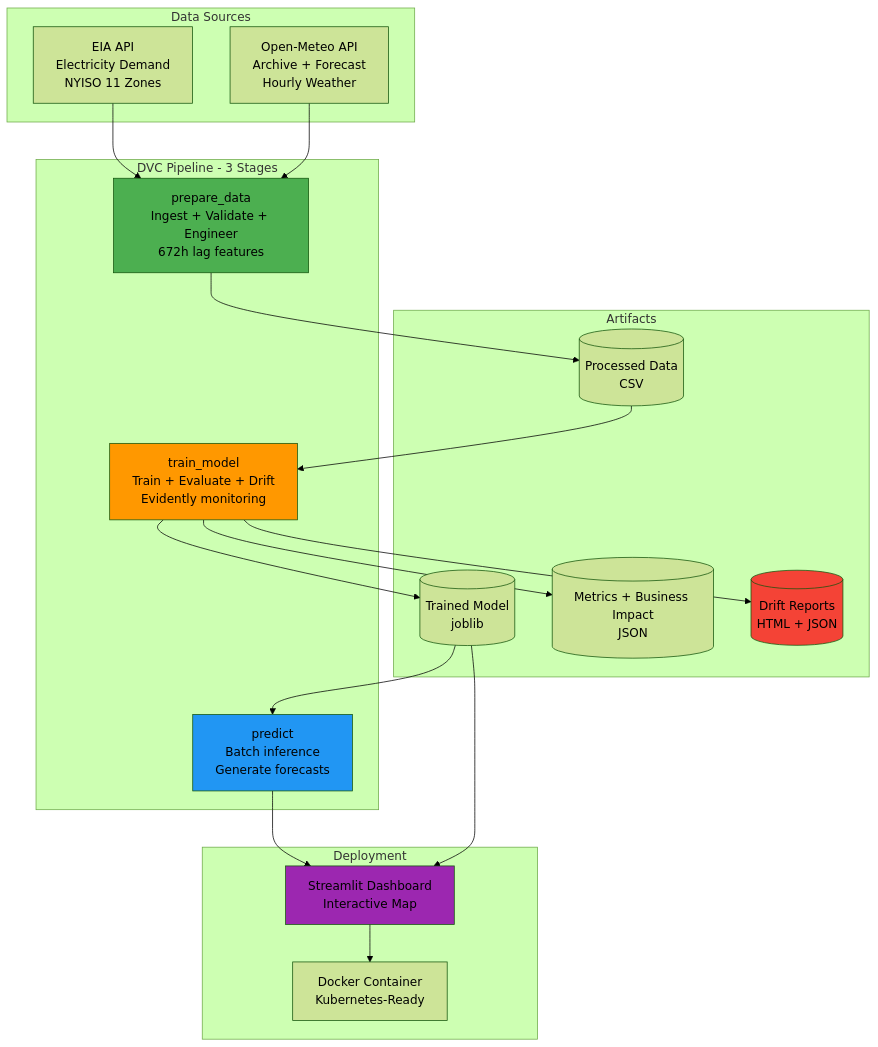
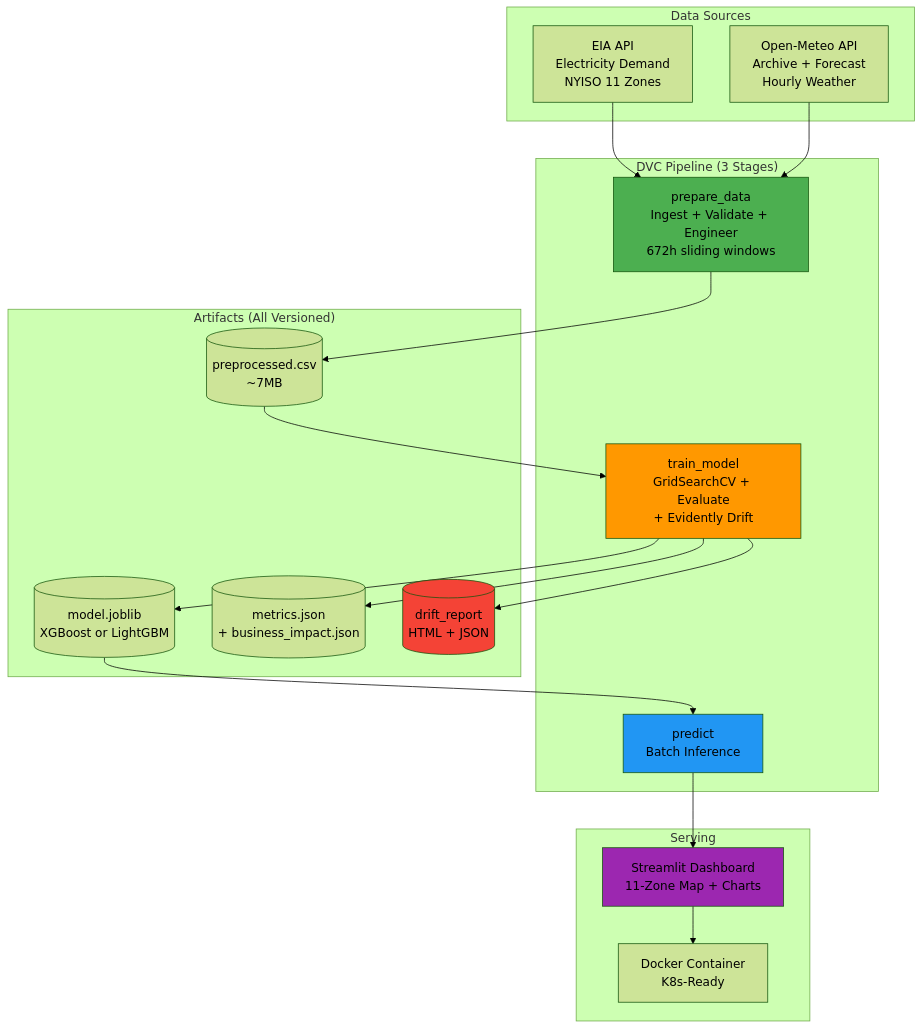
Before and after one commit to JavithNaseem-J/WattPredictor: the first of 2 diagrams in README.md, drawn with Mermaid (forest theme). The commit also changed other lines of this file, not shown here.

````diff
--- a/README.md
+++ b/README.md
@@ -78,43 +110,42 @@
 ```mermaid
 graph TB
     subgraph "Data Sources"
         EIA[EIA API<br/>Electricity Demand<br/>NYISO 11 Zones]
-        Weather[Open-Meteo API<br/>Archive + Forecast<br/>Hourly Weather]
+        WX[Open-Meteo API<br/>Archive + Forecast<br/>Hourly Weather]
     end
-    
-    subgraph "DVC Pipeline - 3 Stages"
-        Stage1[prepare_data<br/>Ingest + Validate + Engineer<br/>672h lag features]
-        Stage2[train_model<br/>Train + Evaluate + Drift<br/>Evidently monitoring]
-        Stage3[predict<br/>Batch inference<br/>Generate forecasts]
+
+    subgraph "DVC Pipeline (3 Stages)"
+        S1[prepare_data<br/>Ingest + Validate + Engineer<br/>672h sliding windows]
+        S2[train_model<br/>GridSearchCV + Evaluate<br/>+ Evidently Drift]
+        S3[predict<br/>Batch Inference]
     end
-    
-    subgraph "Artifacts"
-        Data[(Processed Data<br/>CSV)]
-        Model[(Trained Model<br/>joblib)]
-        Metrics[(Metrics + Business Impact<br/>JSON)]
-        Drift[(Drift Reports<br/>HTML + JSON)]
+
+    subgraph "Artifacts (All Versioned)"
+        D[(preprocessed.csv<br/>~7MB)]
+        M[(model.joblib<br/>XGBoost or LightGBM)]
+        E[(metrics.json<br/>+ business_impact.json)]
+        DR[(drift_report<br/>HTML + JSON)]
     end
-    
-    subgraph "Deployment"
-        Dashboard[Streamlit Dashboard<br/>Interactive Map]
-        Docker[Docker Container<br/>Kubernetes-Ready]
+
+    subgraph "Serving"
+        ST[Streamlit Dashboard<br/>11-Zone Map + Charts]
+        DK[Docker Container<br/>K8s-Ready]
     end
-    
-    EIA --> Stage1
-    Weather --> Stage1
-    Stage1 --> Data
-    Data --> Stage2
-    Stage2 --> Model
-    Stage2 --> Metrics
-    Stage2 --> Drift
-    Model --> Stage3
-    Stage3 --> Dashboard
-    Model --> Dashboard
-    Dashboard --> Docker
-    
-    style Stage1 fill:#4CAF50
-    style Stage2 fill:#FF9800
-    style Stage3 fill:#2196F3
-    style Dashboard fill:#9C27B0
-    style Drift fill:#F44336
+
+    EIA --> S1
+    WX --> S1
+    S1 --> D
+    D --> S2
+    S2 --> M
+    S2 --> E
+    S2 --> DR
+    M --> S3
+    S3 --> ST
+    ST --> DK
+
+    style S1 fill:#4CAF50
+    style S2 fill:#FF9800
+    style S3 fill:#2196F3
+    style ST fill:#9C27B0
+    style DR fill:#F44336
 ```
````
